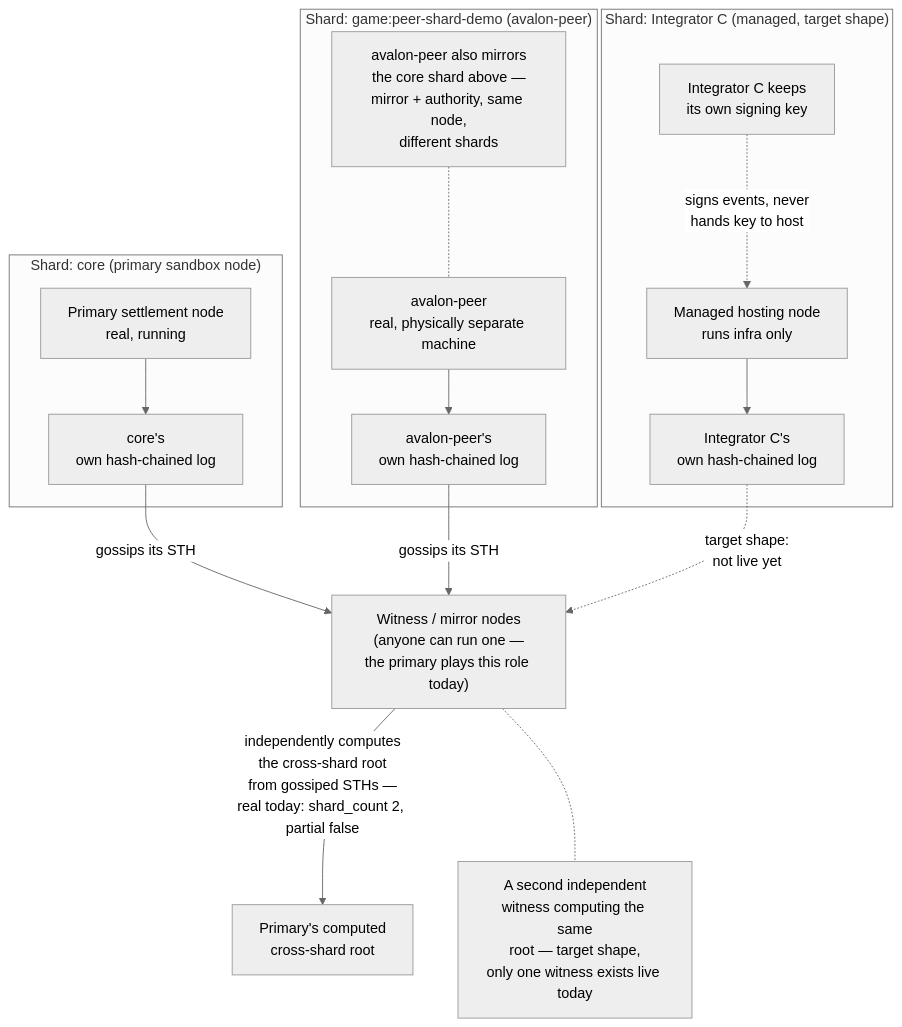
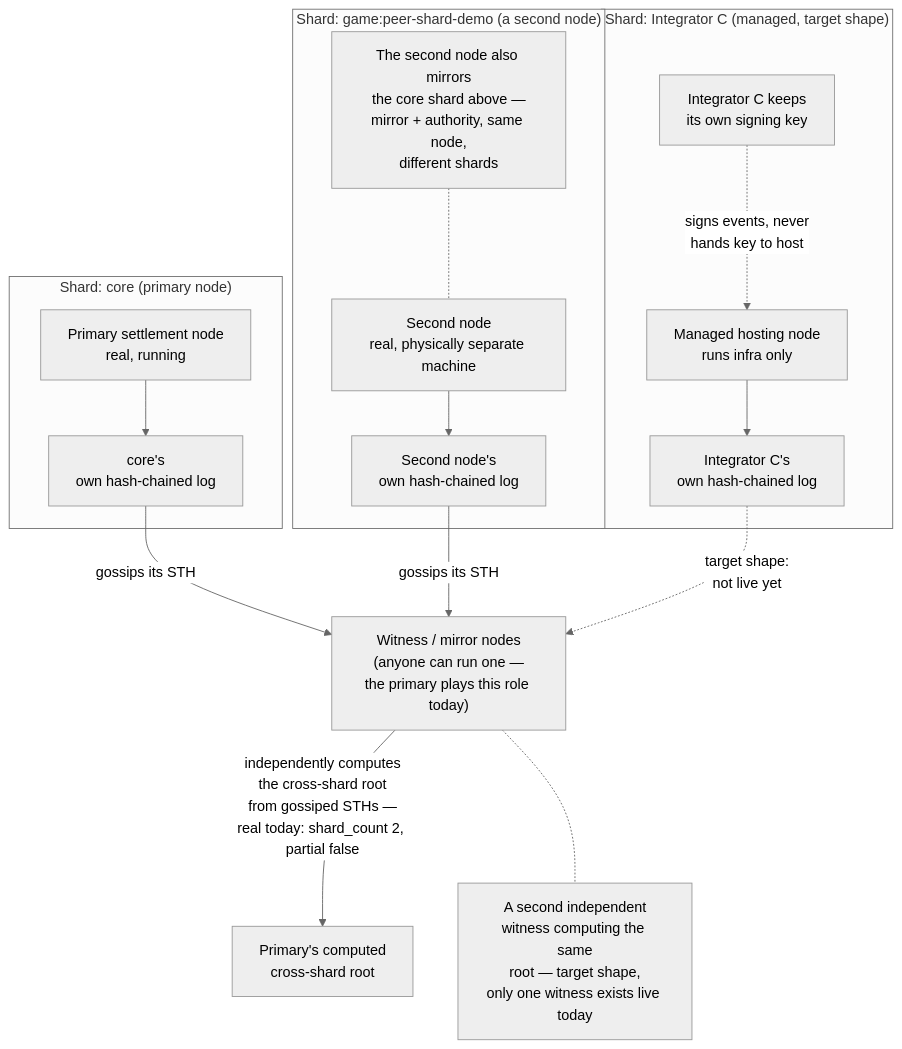
The first of 2 diagrams in docs/projects/backend-server/architecture/distributed-topology.md (avalon-initiative/avalon-protocol), drawn with Mermaid (neutral theme) before and after one commit. The commit also changed other lines of this file and 405 other files, not shown here.

````diff
--- a/docs/projects/backend-server/architecture/distributed-topology.md
+++ b/docs/projects/backend-server/architecture/distributed-topology.md
@@ -46,32 +24,32 @@
 ```mermaid
 graph TD
-    subgraph "Shard: core (primary sandbox node)"
+    subgraph "Shard: core (primary node)"
         A1[Primary settlement node<br/>real, running]
         A2[core's<br/>own hash-chained log]
         A1 --> A2
     end
 
-    subgraph "Shard: game:peer-shard-demo (avalon-peer)"
-        B1[avalon-peer<br/>real, physically separate machine]
-        B2[avalon-peer's<br/>own hash-chained log]
+    subgraph "Shard: game:peer-shard-demo (a second node)"
+        B1[Second node<br/>real, physically separate machine]
+        B2[Second node's<br/>own hash-chained log]
         B1 --> B2
-        BM[avalon-peer also mirrors<br/>the core shard above —<br/>mirror + authority, same node,<br/>different shards]
+        BM[The second node also mirrors<br/>the core shard above —<br/>mirror + authority, same node,<br/>different shards]
         BM -.- B1
     end
 
     subgraph "Shard: Integrator C (managed, target shape)"
         C1[Managed hosting node<br/>runs infra only]
         C2[Integrator C's<br/>own hash-chained log]
         C1 --> C2
         CK[Integrator C keeps<br/>its own signing key]
         CK -. signs events, never<br/>hands key to host .-> C1
     end
 
     A2 -- gossips its STH --> W
     B2 -- gossips its STH --> W
     C2 -. "target shape:<br/>not live yet" .-> W
 
     W["Witness / mirror nodes<br/>(anyone can run one —<br/>the primary plays this role today)"]
     W -- "independently computes<br/>the cross-shard root<br/>from gossiped STHs —<br/>real today: shard_count 2, partial false" --> R1[Primary's computed<br/>cross-shard root]
     W -.- R2["A second independent<br/>witness computing the same<br/>root — target shape,<br/>only one witness exists live today"]
 ```
````
